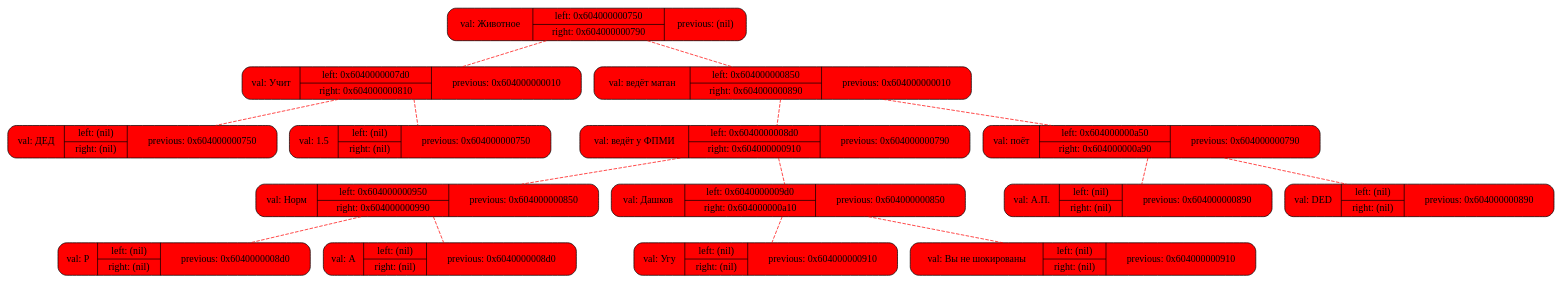
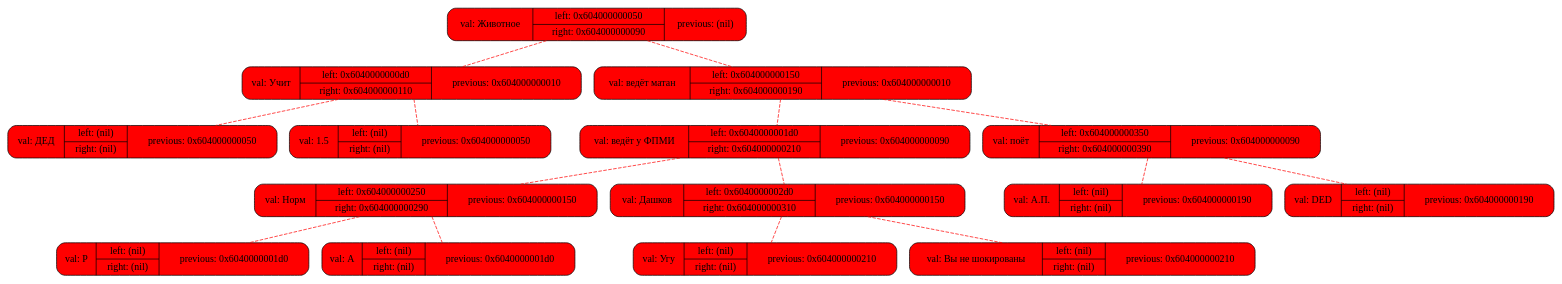
One commit to ThreadJava800/Akinator changed the diagram in temp.dot. Above: the diagram before and after it, drawn with Graphviz. The commit also changed 4 other files, not shown here.

```diff
--- a/temp.dot
+++ b/temp.dot
@@ -1,18 +1,18 @@
 digraph tree {
 	rankdir=HR;
-	label0x604000000010[shape=record, style="rounded, filled", fillcolor=red, label="{ {val: Животное | {left: 0x604000000750 | right: 0x604000000790} | previous: (nil) }}"];
-	label0x604000000750[shape=record, style="rounded, filled", fillcolor=red, label="{ {val: Учит | {left: 0x6040000007d0 | right: 0x604000000810} | previous: 0x604000000010 }}"];
-	label0x604000000010->label0x604000000750 [color="red", style="dashed",arrowhead="none"]	label0x6040000007d0[shape=record, style="rounded, filled", fillcolor=red, label="{ {val: ДЕД | {left: (nil) | right: (nil)} | previous: 0x604000000750 }}"];
-	label0x604000000750->label0x6040000007d0 [color="red", style="dashed",arrowhead="none"]	label0x604000000810[shape=record, style="rounded, filled", fillcolor=red, label="{ {val: 1.5 | {left: (nil) | right: (nil)} | previous: 0x604000000750 }}"];
-	label0x604000000750->label0x604000000810 [color="red", style="dashed",arrowhead="none"]	label0x604000000790[shape=record, style="rounded, filled", fillcolor=red, label="{ {val: ведёт матан | {left: 0x604000000850 | right: 0x604000000890} | previous: 0x604000000010 }}"];
-	label0x604000000010->label0x604000000790 [color="red", style="dashed",arrowhead="none"]	label0x604000000850[shape=record, style="rounded, filled", fillcolor=red, label="{ {val: ведёт у ФПМИ | {left: 0x6040000008d0 | right: 0x604000000910} | previous: 0x604000000790 }}"];
-	label0x604000000790->label0x604000000850 [color="red", style="dashed",arrowhead="none"]	label0x6040000008d0[shape=record, style="rounded, filled", fillcolor=red, label="{ {val: Норм | {left: 0x604000000950 | right: 0x604000000990} | previous: 0x604000000850 }}"];
-	label0x604000000850->label0x6040000008d0 [color="red", style="dashed",arrowhead="none"]	label0x604000000950[shape=record, style="rounded, filled", fillcolor=red, label="{ {val: Р | {left: (nil) | right: (nil)} | previous: 0x6040000008d0 }}"];
-	label0x6040000008d0->label0x604000000950 [color="red", style="dashed",arrowhead="none"]	label0x604000000990[shape=record, style="rounded, filled", fillcolor=red, label="{ {val: А | {left: (nil) | right: (nil)} | previous: 0x6040000008d0 }}"];
-	label0x6040000008d0->label0x604000000990 [color="red", style="dashed",arrowhead="none"]	label0x604000000910[shape=record, style="rounded, filled", fillcolor=red, label="{ {val: Дашков | {left: 0x6040000009d0 | right: 0x604000000a10} | previous: 0x604000000850 }}"];
-	label0x604000000850->label0x604000000910 [color="red", style="dashed",arrowhead="none"]	label0x6040000009d0[shape=record, style="rounded, filled", fillcolor=red, label="{ {val: Угу | {left: (nil) | right: (nil)} | previous: 0x604000000910 }}"];
-	label0x604000000910->label0x6040000009d0 [color="red", style="dashed",arrowhead="none"]	label0x604000000a10[shape=record, style="rounded, filled", fillcolor=red, label="{ {val: Вы не шокированы | {left: (nil) | right: (nil)} | previous: 0x604000000910 }}"];
-	label0x604000000910->label0x604000000a10 [color="red", style="dashed",arrowhead="none"]	label0x604000000890[shape=record, style="rounded, filled", fillcolor=red, label="{ {val: поёт | {left: 0x604000000a50 | right: 0x604000000a90} | previous: 0x604000000790 }}"];
-	label0x604000000790->label0x604000000890 [color="red", style="dashed",arrowhead="none"]	label0x604000000a50[shape=record, style="rounded, filled", fillcolor=red, label="{ {val: А.П. | {left: (nil) | right: (nil)} | previous: 0x604000000890 }}"];
-	label0x604000000890->label0x604000000a50 [color="red", style="dashed",arrowhead="none"]	label0x604000000a90[shape=record, style="rounded, filled", fillcolor=red, label="{ {val: DED | {left: (nil) | right: (nil)} | previous: 0x604000000890 }}"];
-	label0x604000000890->label0x604000000a90 [color="red", style="dashed",arrowhead="none"]}
+	label0x604000000010[shape=record, style="rounded, filled", fillcolor=red, label="{ {val: Животное | {left: 0x604000000050 | right: 0x604000000090} | previous: (nil) }}"];
+	label0x604000000050[shape=record, style="rounded, filled", fillcolor=red, label="{ {val: Учит | {left: 0x6040000000d0 | right: 0x604000000110} | previous: 0x604000000010 }}"];
+	label0x604000000010->label0x604000000050 [color="red", style="dashed",arrowhead="none"]	label0x6040000000d0[shape=record, style="rounded, filled", fillcolor=red, label="{ {val: ДЕД | {left: (nil) | right: (nil)} | previous: 0x604000000050 }}"];
+	label0x604000000050->label0x6040000000d0 [color="red", style="dashed",arrowhead="none"]	label0x604000000110[shape=record, style="rounded, filled", fillcolor=red, label="{ {val: 1.5 | {left: (nil) | right: (nil)} | previous: 0x604000000050 }}"];
+	label0x604000000050->label0x604000000110 [color="red", style="dashed",arrowhead="none"]	label0x604000000090[shape=record, style="rounded, filled", fillcolor=red, label="{ {val: ведёт матан | {left: 0x604000000150 | right: 0x604000000190} | previous: 0x604000000010 }}"];
+	label0x604000000010->label0x604000000090 [color="red", style="dashed",arrowhead="none"]	label0x604000000150[shape=record, style="rounded, filled", fillcolor=red, label="{ {val: ведёт у ФПМИ | {left: 0x6040000001d0 | right: 0x604000000210} | previous: 0x604000000090 }}"];
+	label0x604000000090->label0x604000000150 [color="red", style="dashed",arrowhead="none"]	label0x6040000001d0[shape=record, style="rounded, filled", fillcolor=red, label="{ {val: Норм | {left: 0x604000000250 | right: 0x604000000290} | previous: 0x604000000150 }}"];
+	label0x604000000150->label0x6040000001d0 [color="red", style="dashed",arrowhead="none"]	label0x604000000250[shape=record, style="rounded, filled", fillcolor=red, label="{ {val: Р | {left: (nil) | right: (nil)} | previous: 0x6040000001d0 }}"];
+	label0x6040000001d0->label0x604000000250 [color="red", style="dashed",arrowhead="none"]	label0x604000000290[shape=record, style="rounded, filled", fillcolor=red, label="{ {val: А | {left: (nil) | right: (nil)} | previous: 0x6040000001d0 }}"];
+	label0x6040000001d0->label0x604000000290 [color="red", style="dashed",arrowhead="none"]	label0x604000000210[shape=record, style="rounded, filled", fillcolor=red, label="{ {val: Дашков | {left: 0x6040000002d0 | right: 0x604000000310} | previous: 0x604000000150 }}"];
+	label0x604000000150->label0x604000000210 [color="red", style="dashed",arrowhead="none"]	label0x6040000002d0[shape=record, style="rounded, filled", fillcolor=red, label="{ {val: Угу | {left: (nil) | right: (nil)} | previous: 0x604000000210 }}"];
+	label0x604000000210->label0x6040000002d0 [color="red", style="dashed",arrowhead="none"]	label0x604000000310[shape=record, style="rounded, filled", fillcolor=red, label="{ {val: Вы не шокированы | {left: (nil) | right: (nil)} | previous: 0x604000000210 }}"];
+	label0x604000000210->label0x604000000310 [color="red", style="dashed",arrowhead="none"]	label0x604000000190[shape=record, style="rounded, filled", fillcolor=red, label="{ {val: поёт | {left: 0x604000000350 | right: 0x604000000390} | previous: 0x604000000090 }}"];
+	label0x604000000090->label0x604000000190 [color="red", style="dashed",arrowhead="none"]	label0x604000000350[shape=record, style="rounded, filled", fillcolor=red, label="{ {val: А.П. | {left: (nil) | right: (nil)} | previous: 0x604000000190 }}"];
+	label0x604000000190->label0x604000000350 [color="red", style="dashed",arrowhead="none"]	label0x604000000390[shape=record, style="rounded, filled", fillcolor=red, label="{ {val: DED | {left: (nil) | right: (nil)} | previous: 0x604000000190 }}"];
+	label0x604000000190->label0x604000000390 [color="red", style="dashed",arrowhead="none"]}
```
